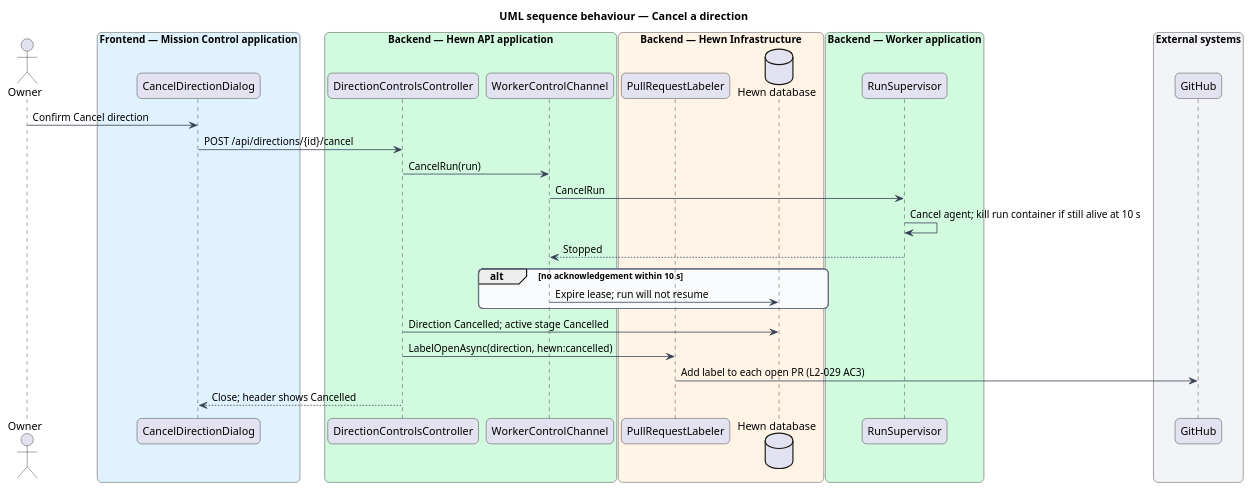
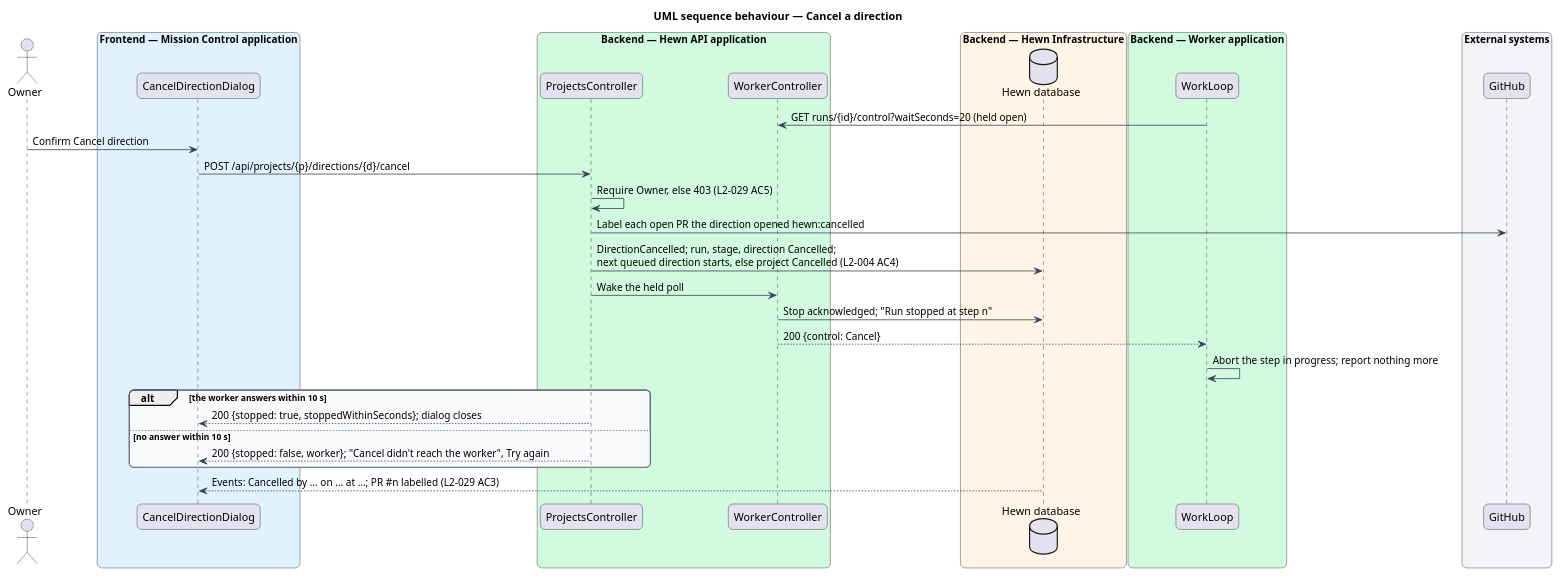
Before and after one commit to QuinntyneBrown/hewn: the diagram in docs/detailed-designs/pipeline/pause-resume-cancel-stop/diagrams/sequence-cancel.puml, drawn with PlantUML. The commit also changed 70 other files, not shown here.

```diff
--- a/docs/detailed-designs/pipeline/pause-resume-cancel-stop/diagrams/sequence-cancel.puml
+++ b/docs/detailed-designs/pipeline/pause-resume-cancel-stop/diagrams/sequence-cancel.puml
@@ -1,49 +1,51 @@
 @startuml
 title UML sequence behaviour — Cancel a direction
 skinparam backgroundColor #FFFFFF
 skinparam shadowing false
 skinparam roundcorner 12
 skinparam defaultFontName Arial
 skinparam ArrowColor #344054
 skinparam rectangle {
   BorderColor #344054
   FontColor #101828
 }
 skinparam package {
   BorderColor #667085
   FontColor #101828
   BackgroundColor #F9FAFB
 }
 skinparam sequenceMessageAlign left
 actor "Owner" as owner
 box "Frontend — Mission Control application" #E0F2FE
   participant "CancelDirectionDialog" as dlg
 end box
 box "Backend — Hewn API application" #D1FADF
-  participant "DirectionControlsController" as dc
-  participant "WorkerControlChannel" as chan
+  participant "ProjectsController" as dc
+  participant "WorkerController" as wc
 end box
 box "Backend — Hewn Infrastructure" #FFF4E5
-  participant "PullRequestLabeler" as labeler
   database "Hewn database" as db
 end box
 box "Backend — Worker application" #D1FADF
-  participant "RunSupervisor" as sup
+  participant "WorkLoop" as loop
 end box
 box "External systems" #F2F4F7
   participant "GitHub" as gh
 end box
+loop -> wc : GET runs/{id}/control?waitSeconds=20 (held open)
 owner -> dlg : Confirm Cancel direction
-dlg -> dc : POST /api/directions/{id}/cancel
-dc -> chan : CancelRun(run)
-chan -> sup : CancelRun
-sup -> sup : Cancel agent; kill run container if still alive at 10 s
-sup --> chan : Stopped
-alt no acknowledgement within 10 s
-  chan -> db : Expire lease; run will not resume
+dlg -> dc : POST /api/projects/{p}/directions/{d}/cancel
+dc -> dc : Require Owner, else 403 (L2-029 AC5)
+dc -> gh : Label each open PR the direction opened hewn:cancelled
+dc -> db : DirectionCancelled; run, stage, direction Cancelled;\nnext queued direction starts, else project Cancelled (L2-004 AC4)
+dc -> wc : Wake the held poll
+wc -> db : Stop acknowledged; "Run stopped at step n"
+wc --> loop : 200 {control: Cancel}
+loop -> loop : Abort the step in progress; report nothing more
+alt the worker answers within 10 s
+  dc --> dlg : 200 {stopped: true, stoppedWithinSeconds}; dialog closes
+else no answer within 10 s
+  dc --> dlg : 200 {stopped: false, worker}; "Cancel didn't reach the worker", Try again
 end
-dc -> db : Direction Cancelled; active stage Cancelled
-dc -> labeler : LabelOpenAsync(direction, hewn:cancelled)
-labeler -> gh : Add label to each open PR (L2-029 AC3)
-dc --> dlg : Close; header shows Cancelled
+db --> dlg : Events: Cancelled by … on … at …; PR #n labelled (L2-029 AC3)
 @enduml
```
